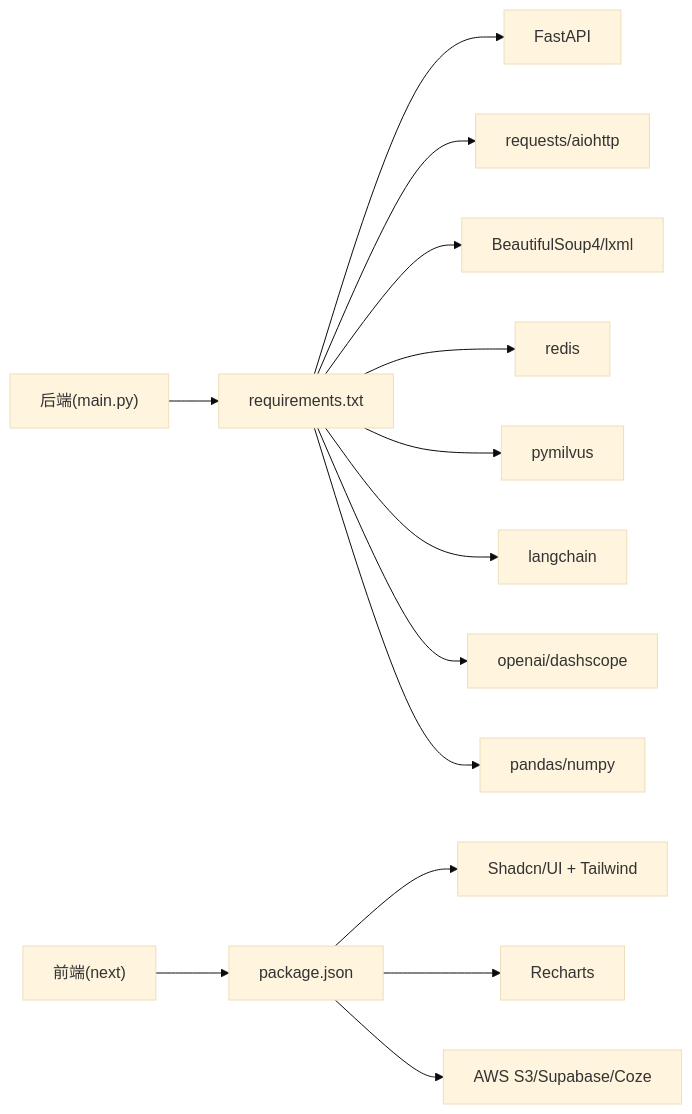
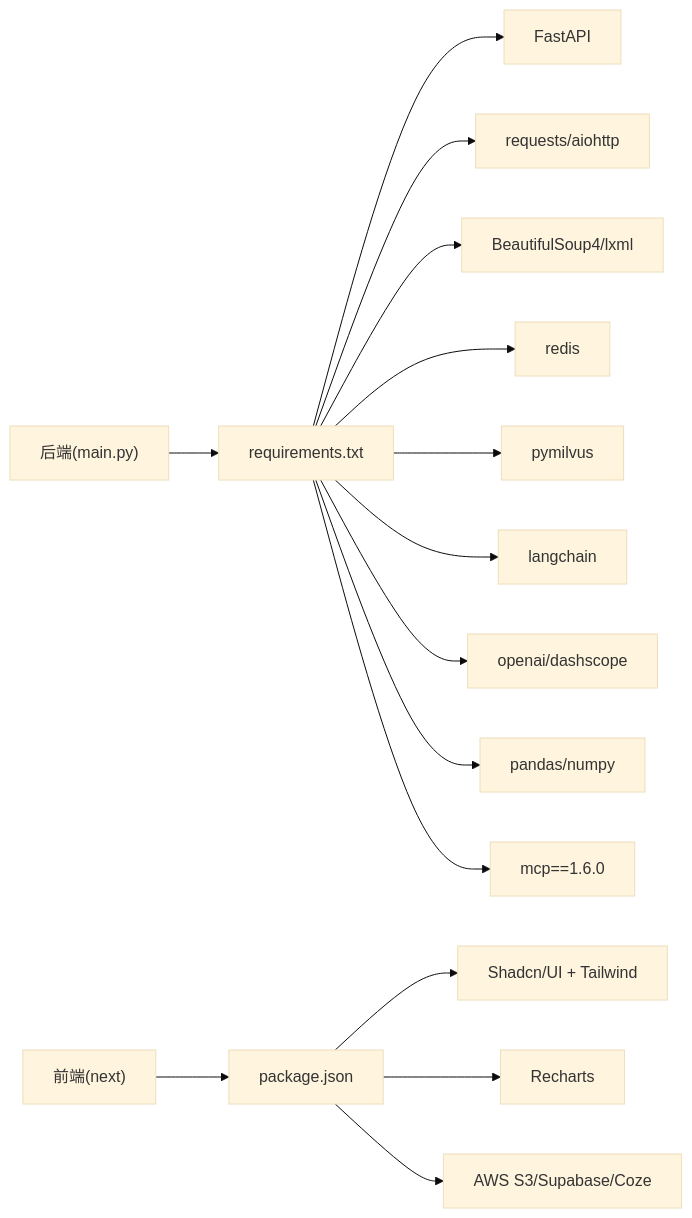
Before and after one commit to ghbbn053-ship-itsoulddog/soulddog: the seventh of 7 diagrams in .qoder/repowiki/zh/content/开发指南/扩展点与插件/第三方服务集成.md, drawn with Mermaid (base theme). The commit also changed other lines of this file and 13 other files, not shown here.

````diff
--- a/.qoder/repowiki/zh/content/开发指南/扩展点与插件/第三方服务集成.md
+++ b/.qoder/repowiki/zh/content/开发指南/扩展点与插件/第三方服务集成.md
@@ -291,16 +375,17 @@
 ```mermaid
 graph LR
 BE["后端(main.py)"] --> Req["requirements.txt"]
 Req --> FastAPI["FastAPI"]
 Req --> Requests["requests/aiohttp"]
 Req --> BS4["BeautifulSoup4/lxml"]
 Req --> RedisDep["redis"]
 Req --> MilvusDep["pymilvus"]
 Req --> LangChain["langchain"]
 Req --> LLM["openai/dashscope"]
 Req --> Tools["pandas/numpy"]
+Req --> MCP["mcp==1.6.0"]
 FE["前端(next)"] --> Pkg["package.json"]
 Pkg --> UI["Shadcn/UI + Tailwind"]
 Pkg --> Charts["Recharts"]
 Pkg --> SDKs["AWS S3/Supabase/Coze"]
 ```
````
